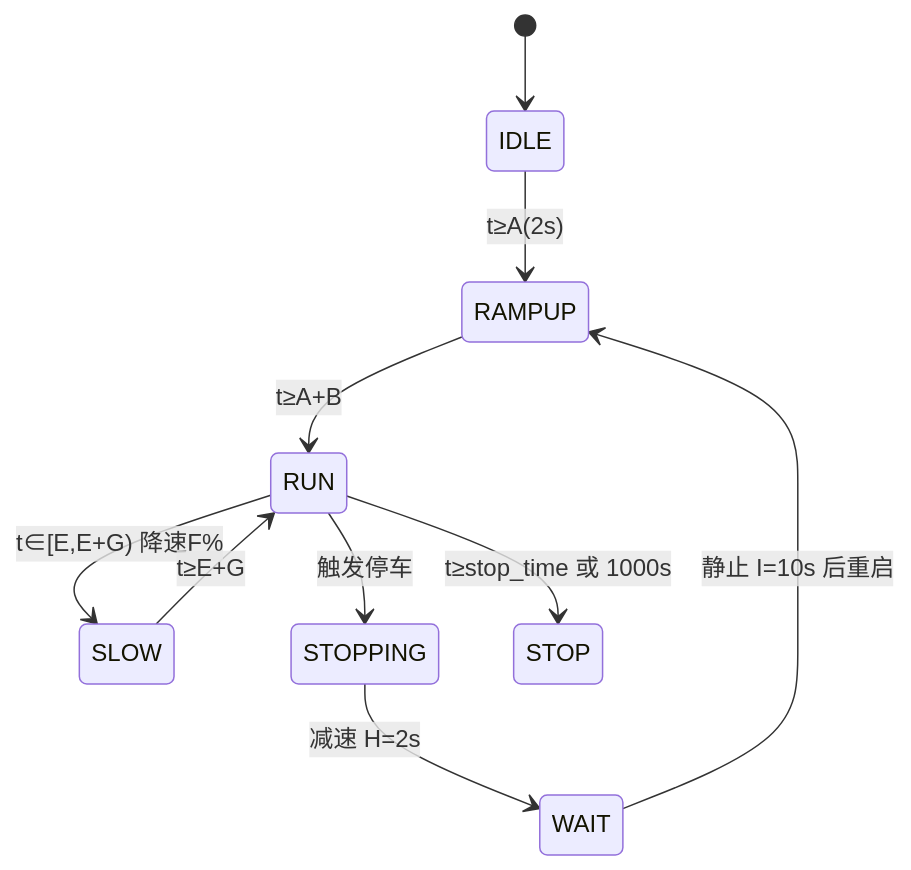
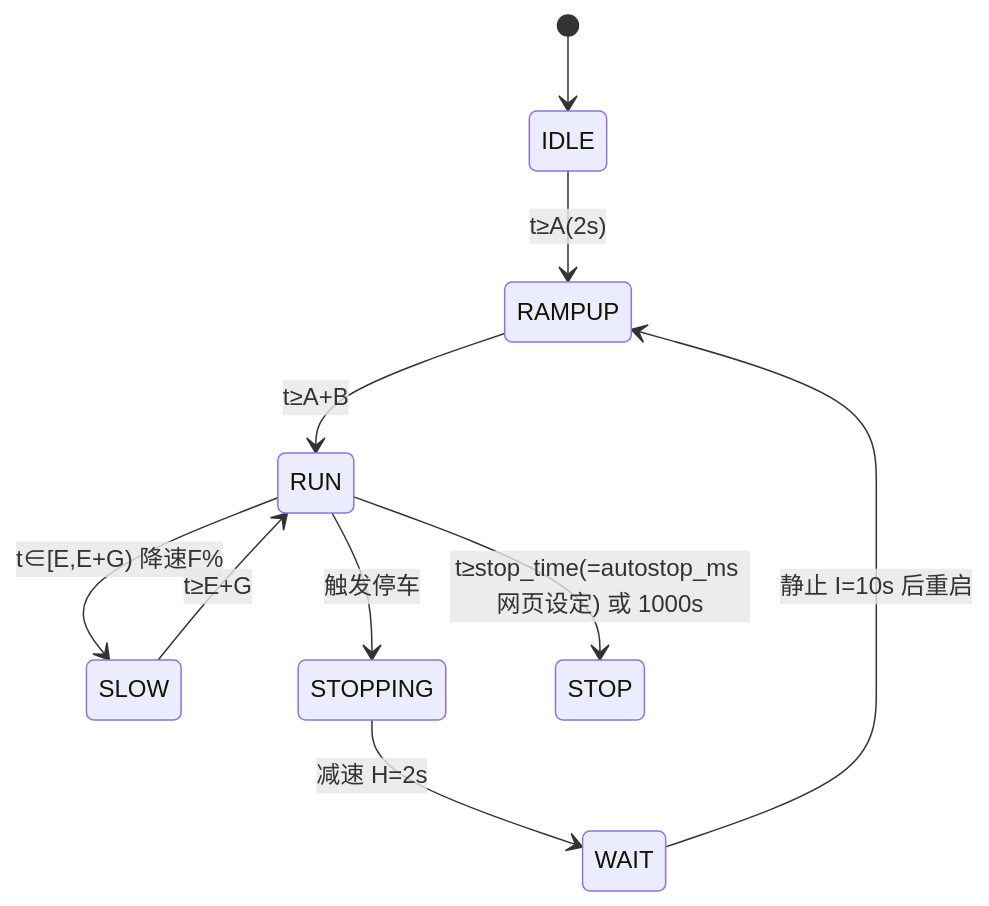
The fourth of 4 diagrams in docs/知识库/esp32_tts_rtos/03_系统架构.md (KNedwin/stm32-esp32-ai-test-car), drawn with Mermaid before and after one commit. The commit also changed other lines of this file and 205 other files, not shown here.

````diff
--- a/docs/知识库/esp32_tts_rtos/03_系统架构.md
+++ b/docs/知识库/esp32_tts_rtos/03_系统架构.md
@@ -46,12 +58,12 @@
 ```mermaid
 stateDiagram-v2
     [*] --> IDLE
     IDLE --> RAMPUP: t≥A(2s)
     RAMPUP --> RUN: t≥A+B
     RUN --> SLOW: t∈[E,E+G) 降速F%
     SLOW --> RUN: t≥E+G
     RUN --> STOPPING: 触发停车
     STOPPING --> WAIT: 减速 H=2s
     WAIT --> RAMPUP: 静止 I=10s 后重启
-    RUN --> STOP: t≥stop_time 或 1000s
+    RUN --> STOP: t≥stop_time(=autostop_ms 网页设定) 或 1000s
 ```
````
